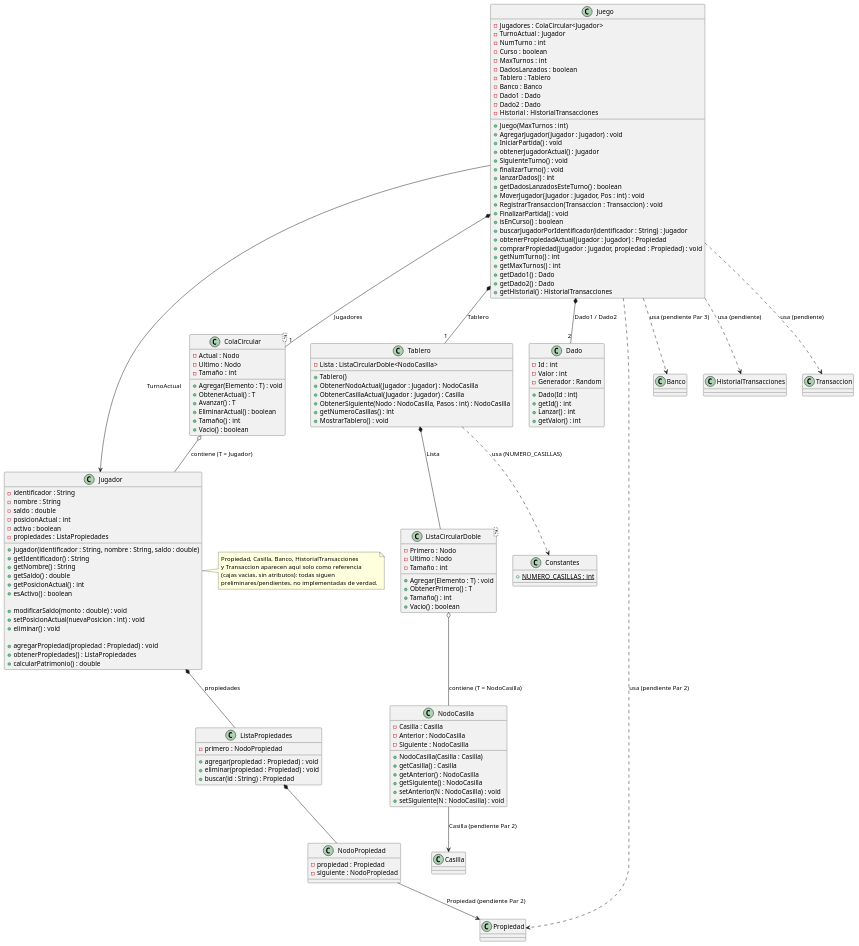
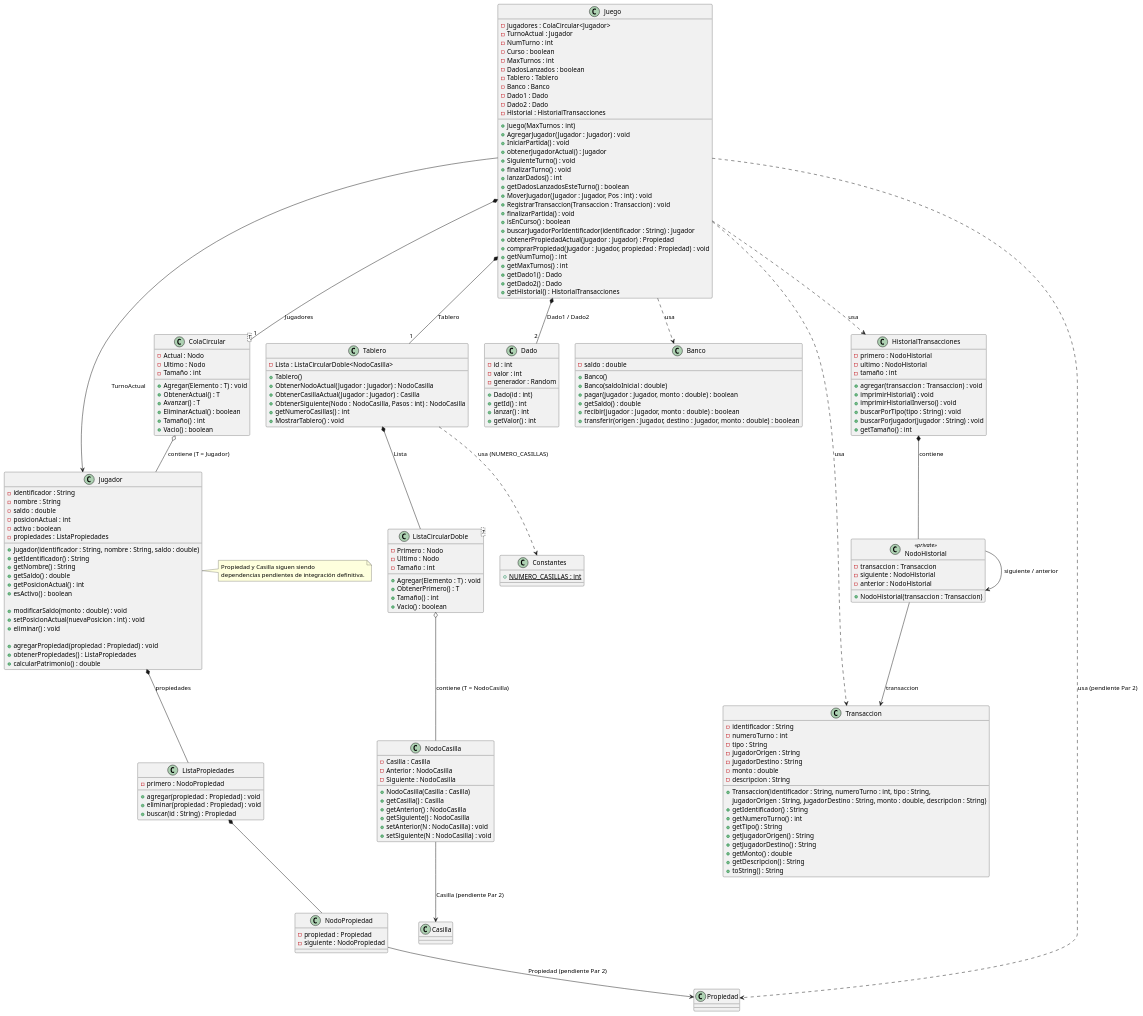
Before and after one commit to rodriguez0303/Proyecto1_Algoritmos: the diagram in DocUML/monopoly.puml, drawn with PlantUML.

Commit message:
Cambios en el UML del Banco, Historial, Nodo y demas

```diff
--- a/DocUML/monopoly.puml
+++ b/DocUML/monopoly.puml
@@ -30,10 +30,8 @@
 
 
 note right of Jugador
-  Propiedad, Casilla, Banco, HistorialTransacciones
-  y Transaccion aparecen aqui solo como referencia
-  (cajas vacias, sin atributos): todas siguen
-  preliminares/pendientes, no implementadas de verdad.
+  Propiedad y Casilla siguen siendo
+  dependencias pendientes de integración definitiva.
 end note
 
 
@@ -83,7 +81,7 @@
     + getDadosLanzadosEsteTurno() : boolean
     + MoverJugador(Jugador : Jugador, Pos : int) : void
     + RegistrarTransaccion(Transaccion : Transaccion) : void
-    + FinalizarPartida() : void
+    + finalizarPartida() : void
     + isEnCurso() : boolean
     + buscarJugadorPorIdentificador(identificador : String) : Jugador
     + obtenerPropiedadActual(jugador : Jugador) : Propiedad
@@ -169,16 +167,83 @@
 ' ==============================
 
 class Dado {
-    - Id : int
-    - Valor : int
-    - Generador : Random
+    - id : int
+    - valor : int
+    - generador : Random
 
-    + Dado(Id : int)
+    + Dado(id : int)
     + getId() : int
-    + Lanzar() : int
+    + lanzar() : int
     + getValor() : int
 }
 
+' ==============================
+' BANCO
+' =============================
+
+class Banco {
+    - saldo : double
+
+    + Banco()
+    + Banco(saldoInicial : double)
+    + pagar(jugador : Jugador, monto : double) : boolean
+    + getSaldo() : double
+    + recibir(jugador : Jugador, monto : double) : boolean
+    + transferir(origen : Jugador, destino : Jugador, monto : double) : boolean
+}
+
+
+
+' ===============================
+' TRANSACCION
+' ==============================
+
+class Transaccion {
+    - identificador : String
+    - numeroTurno : int
+    - tipo : String
+    - jugadorOrigen : String
+    - jugadorDestino : String
+    - monto : double
+    - descripcion : String
+
+    + Transaccion(identificador : String, numeroTurno : int, tipo : String,
+                  jugadorOrigen : String, jugadorDestino : String, monto : double, descripcion : String)
+    + getIdentificador() : String
+    + getNumeroTurno() : int
+    + getTipo() : String
+    + getJugadorOrigen() : String
+    + getJugadorDestino() : String
+    + getMonto() : double
+    + getDescripcion() : String
+    + toString() : String
+}
+
+
+'===============================
+' HISTORIAL DE TRANSACCIONES
+'=============================
+
+class HistorialTransacciones {
+    - primero : NodoHistorial
+    - ultimo : NodoHistorial
+    - tamaño : int
+
+    + agregar(transaccion : Transaccion) : void
+    + imprimirHistorial() : void
+    + imprimirHistorialInverso() : void
+    + buscarPorTipo(tipo : String) : void
+    + buscarPorJugador(jugador : String) : void
+    + getTamaño() : int
+}
+
+class NodoHistorial <<private>> {
+    - transaccion : Transaccion
+    - siguiente : NodoHistorial
+    - anterior : NodoHistorial
+
+    + NodoHistorial(transaccion : Transaccion)
+}
 
 ' ==============================
 ' CONSTANTES
@@ -206,12 +271,14 @@
 Juego --> Jugador : TurnoActual
 Juego *-- "1" Tablero : Tablero
 Juego *-- "2" Dado : Dado1 / Dado2
-Juego ..> Banco : usa (pendiente Par 3)
-Juego ..> HistorialTransacciones : usa (pendiente)
-Juego ..> Transaccion : usa (pendiente)
+Juego ..> Banco : usa
+Juego ..> HistorialTransacciones : usa
+Juego ..> Transaccion : usa
 Juego ..> Propiedad : usa (pendiente Par 2)
 ColaCircular o-- Jugador : contiene (T = Jugador)
-
+HistorialTransacciones *-- NodoHistorial : contiene
+NodoHistorial --> Transaccion : transaccion
+NodoHistorial --> NodoHistorial : siguiente / anterior
 
 ' ==============================
 ' RELACIONES - TABLERO
```
